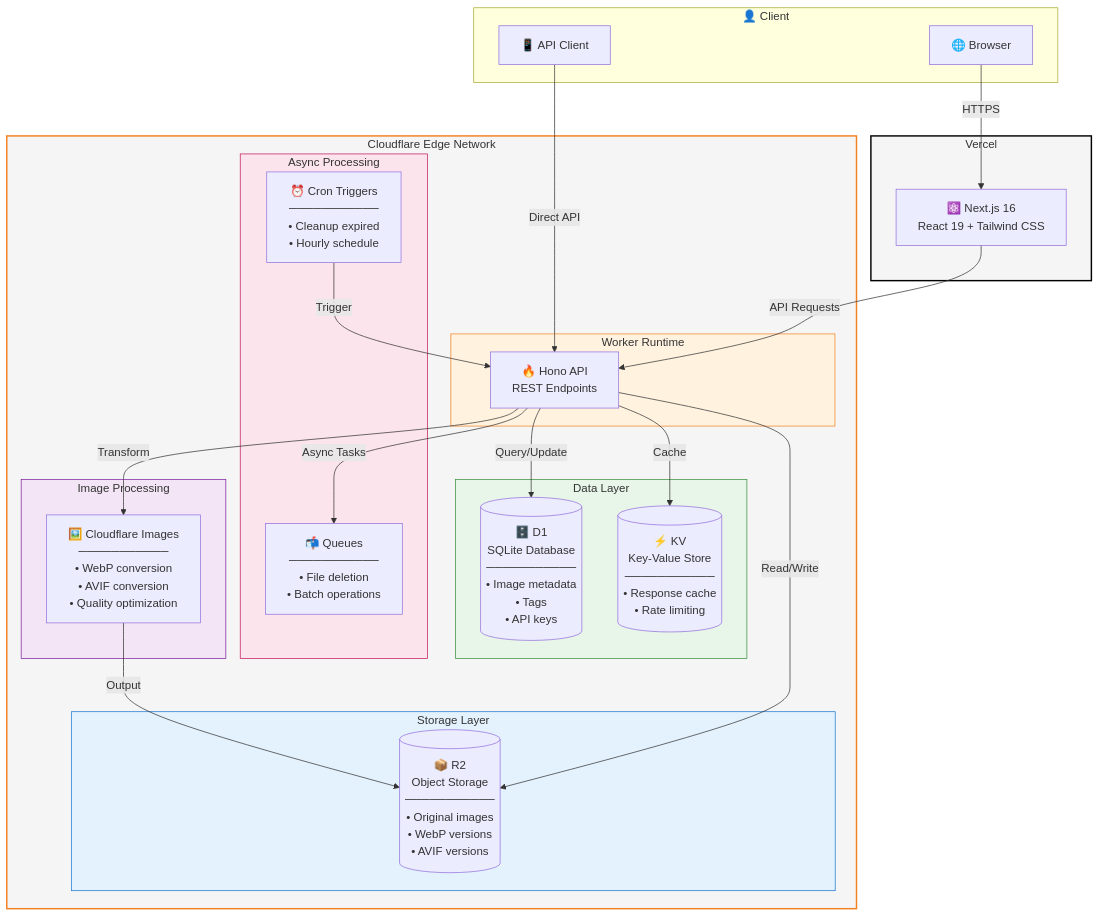
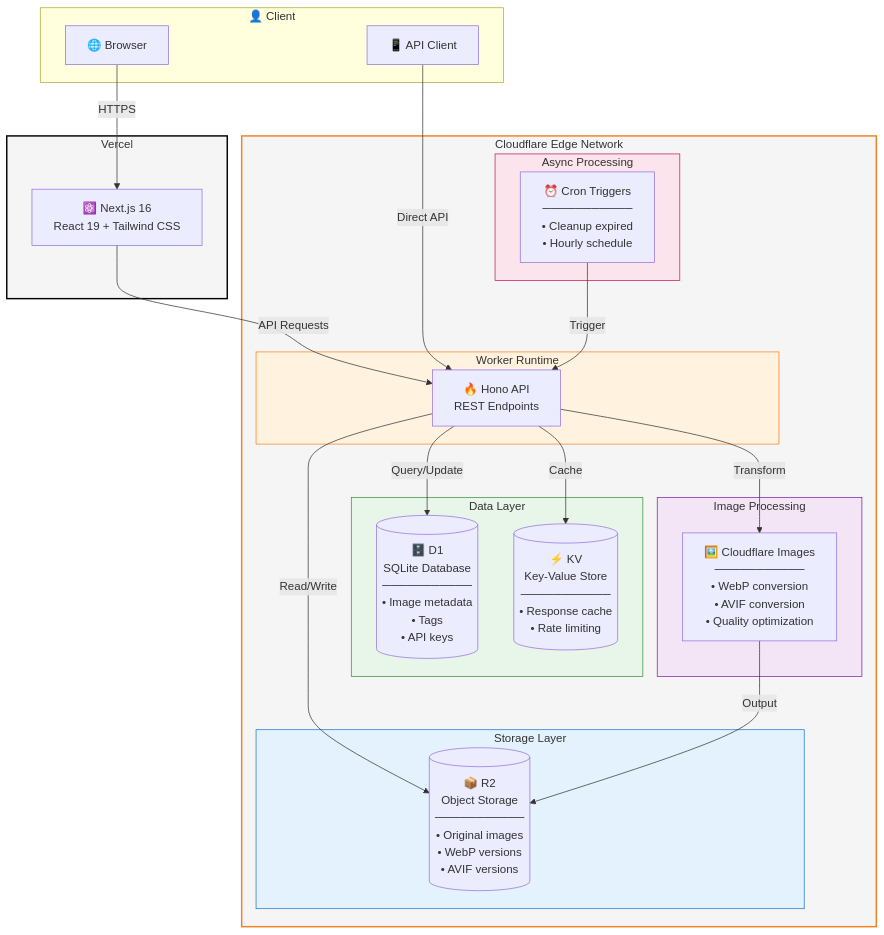
One commit to jp0id/CattoPic changed the diagram in README.md. Above: the diagram before and after it, drawn with Mermaid. The commit also changed 4 other files, not shown here.

````diff
--- a/README.md
+++ b/README.md
@@ -9,56 +9,54 @@
 ```mermaid
 flowchart TB
     subgraph Client["👤 Client"]
         Browser["🌐 Browser"]
         API_Client["📱 API Client"]
     end
 
     subgraph Vercel["Vercel"]
         NextJS["⚛️ Next.js 16<br/>React 19 + Tailwind CSS"]
     end
 
     subgraph Cloudflare["Cloudflare Edge Network"]
         subgraph Worker["Worker Runtime"]
             Hono["🔥 Hono API<br/>REST Endpoints"]
         end
 
         subgraph Storage["Storage Layer"]
             R2[("📦 R2<br/>Object Storage<br/>───────────<br/>• Original images<br/>• WebP versions<br/>• AVIF versions")]
         end
 
         subgraph Data["Data Layer"]
             D1[("🗄️ D1<br/>SQLite Database<br/>───────────<br/>• Image metadata<br/>• Tags<br/>• API keys")]
             KV[("⚡ KV<br/>Key-Value Store<br/>───────────<br/>• Response cache<br/>• Rate limiting")]
         end
 
         subgraph Async["Async Processing"]
-            Queue["📬 Queues<br/>───────────<br/>• File deletion<br/>• Batch operations"]
             Cron["⏰ Cron Triggers<br/>───────────<br/>• Cleanup expired<br/>• Hourly schedule"]
         end
 
         subgraph Transform["Image Processing"]
             Images["🖼️ Cloudflare Images<br/>───────────<br/>• WebP conversion<br/>• AVIF conversion<br/>• Quality optimization"]
         end
     end
 
     Browser -->|"HTTPS"| NextJS
     NextJS -->|"API Requests"| Hono
     API_Client -->|"Direct API"| Hono
 
     Hono -->|"Read/Write"| R2
     Hono -->|"Query/Update"| D1
     Hono -->|"Cache"| KV
-    Hono -->|"Async Tasks"| Queue
     Hono -->|"Transform"| Images
 
     Cron -->|"Trigger"| Hono
     Images -->|"Output"| R2
 
     style Cloudflare fill:#f5f5f5,stroke:#f38020,stroke-width:2px
     style Vercel fill:#f5f5f5,stroke:#000,stroke-width:2px
     style Worker fill:#fff3e0,stroke:#f38020
     style Storage fill:#e3f2fd,stroke:#1976d2
     style Data fill:#e8f5e9,stroke:#388e3c
     style Async fill:#fce4ec,stroke:#c2185b
     style Transform fill:#f3e5f5,stroke:#7b1fa2
 ```
````
